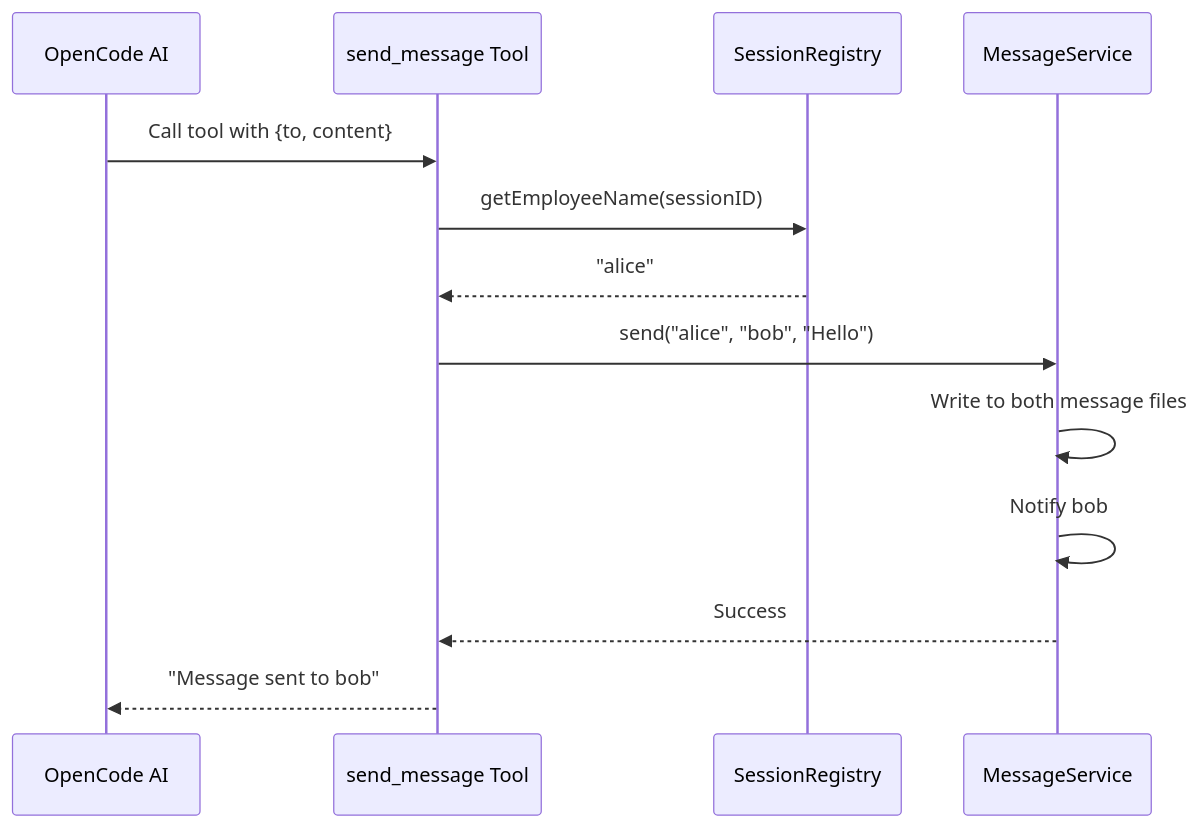
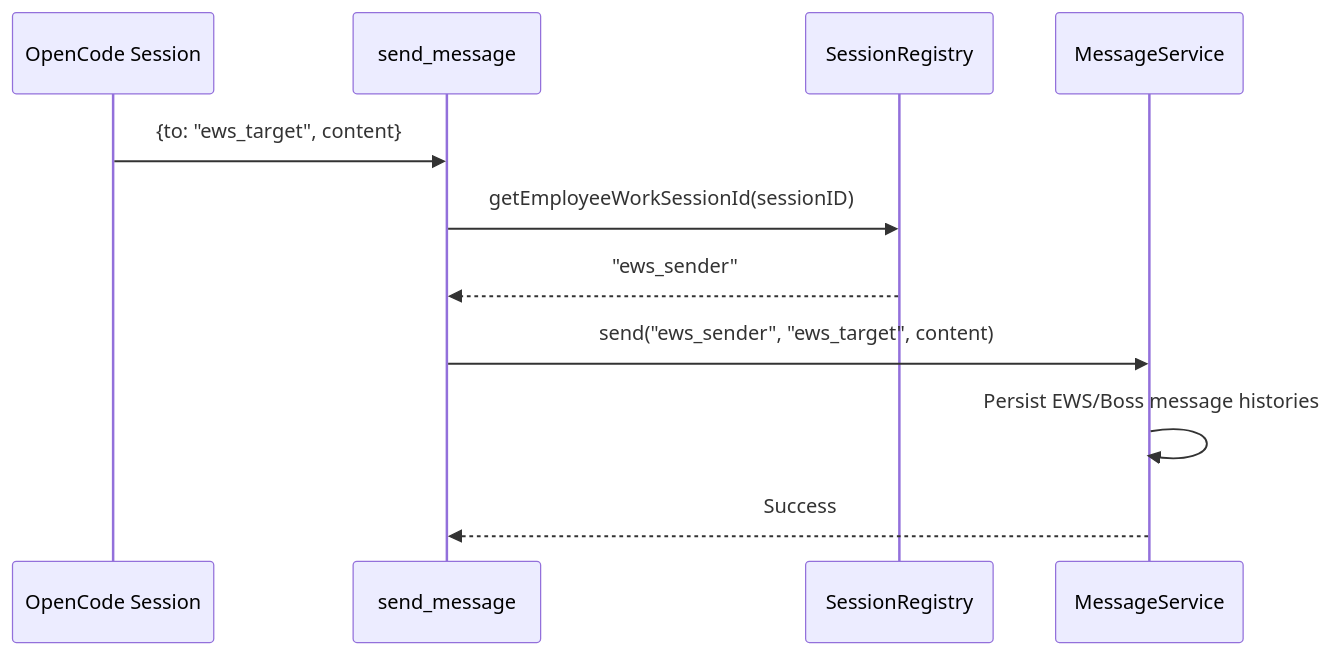
The first of 3 diagrams in docs/design-tools.md (fkxxyz/opencode-cclover), drawn with Mermaid before and after one commit. The commit also changed other lines of this file and 179 other files, not shown here.

Commit message:
feat: migrate runtime to employee work sessions

````diff
--- a/docs/design-tools.md
+++ b/docs/design-tools.md
@@ -448,16 +142,14 @@
 ```mermaid
 sequenceDiagram
-    participant AI as OpenCode AI
-    participant Tool as send_message Tool
+    participant AI as OpenCode Session
+    participant Tool as send_message
     participant Registry as SessionRegistry
     participant Service as MessageService
-    
-    AI->>Tool: Call tool with {to, content}
-    Tool->>Registry: getEmployeeName(sessionID)
-    Registry-->>Tool: "alice"
-    Tool->>Service: send("alice", "bob", "Hello")
-    Service->>Service: Write to both message files
-    Service->>Service: Notify bob
+
+    AI->>Tool: {to: "ews_target", content}
+    Tool->>Registry: getEmployeeWorkSessionId(sessionID)
+    Registry-->>Tool: "ews_sender"
+    Tool->>Service: send("ews_sender", "ews_target", content)
+    Service->>Service: Persist EWS/Boss message histories
     Service-->>Tool: Success
-    Tool-->>AI: "Message sent to bob"
 ```
````
